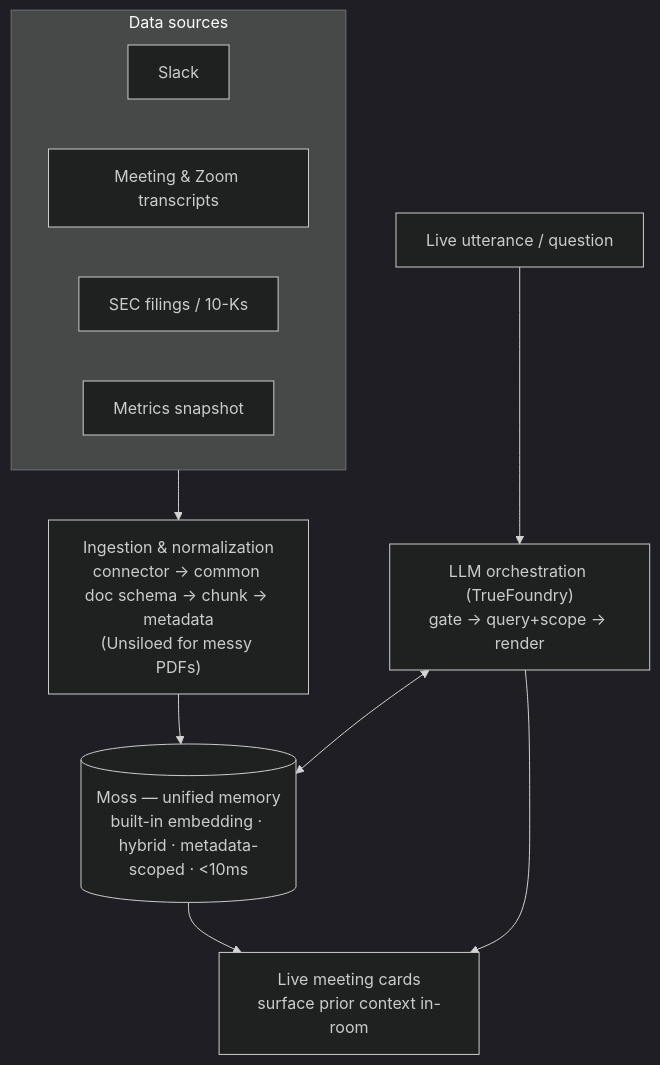
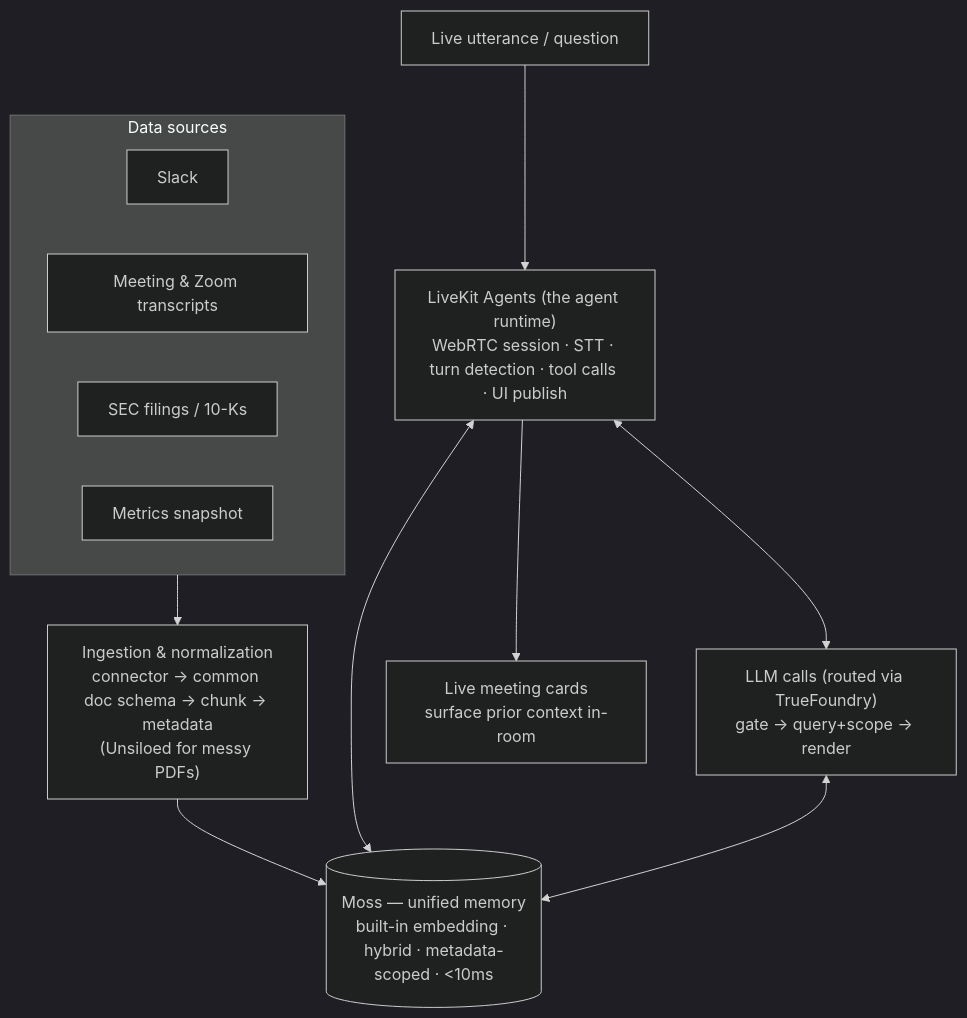
The diagram in financial-prd-final.md (alimtaha/tellmequick), drawn with Mermaid (dark theme) before and after one commit. The commit also changed other lines of this file, not shown here.

First line of the commit message:
name livekit agents as the agent runtime in prd

````diff
--- a/financial-prd-final.md
+++ b/financial-prd-final.md
@@ -50,16 +50,18 @@
 ```mermaid
 flowchart TD
   subgraph SRC["Data sources"]
     SL[Slack]
     TR[Meeting & Zoom transcripts]
     FI[SEC filings / 10-Ks]
     ME[Metrics snapshot]
   end
   SRC --> ING["Ingestion & normalization<br/>connector → common doc schema → chunk → metadata<br/>(Unsiloed for messy PDFs)"]
   ING --> MOSS[("Moss — unified memory<br/>built-in embedding · hybrid · metadata-scoped · &lt;10ms")]
-  LLM["LLM orchestration (TrueFoundry)<br/>gate → query+scope → render"]
-  LIVE["Live utterance / question"] --> LLM
+  AGENT["LiveKit Agents (the agent runtime)<br/>WebRTC session · STT · turn detection · tool calls · UI publish"]
+  LLM["LLM calls (routed via TrueFoundry)<br/>gate → query+scope → render"]
+  LIVE["Live utterance / question"] --> AGENT
+  AGENT <--> LLM
+  AGENT <--> MOSS
   LLM <--> MOSS
-  MOSS --> CARDS["Live meeting cards<br/>surface prior context in-room"]
-  LLM --> CARDS
+  AGENT --> CARDS["Live meeting cards<br/>surface prior context in-room"]
 ```
````
